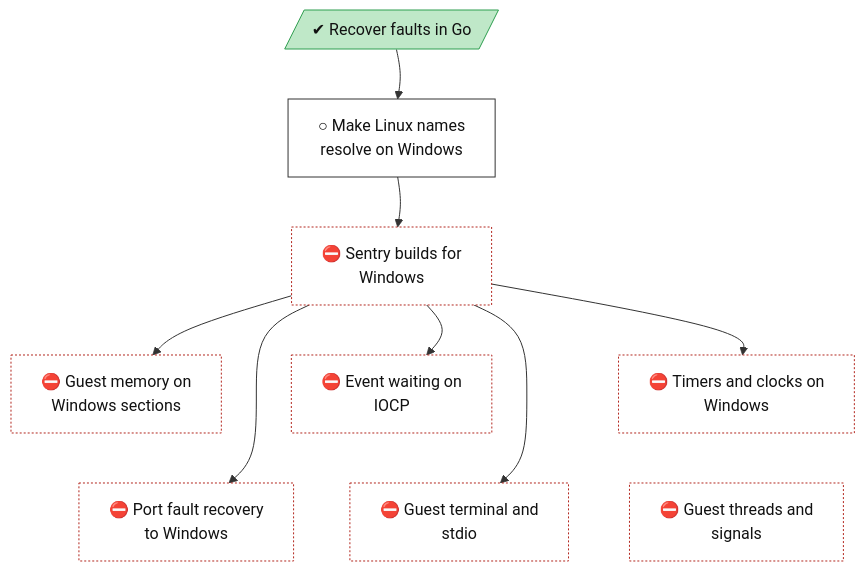
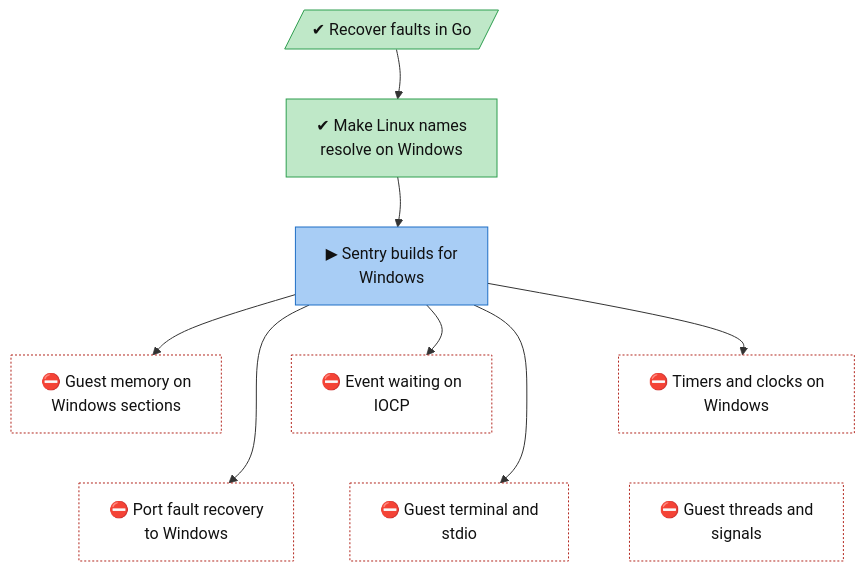
One commit to lhns/gvisor-windows changed the diagram in docs/roadmap/tracks/sentry.md. Above: the diagram before and after it, drawn with Mermaid. The commit also changed other lines of this file and 4 other files, not shown here.

Commit message:
Rate the x/sys/unix shim; the Sentry compiles but does not start yet

````diff
--- a/docs/roadmap/tracks/sentry.md
+++ b/docs/roadmap/tracks/sentry.md
@@ -10,44 +10,44 @@
 ```mermaid
 flowchart TB
     sentry_go_fault_recovery[/"✔ Recover faults in Go"/]
-    sentry_unix_shim["○ Make Linux names<br/>resolve on Windows"]
-    sentry_windows_build["⛔ Sentry builds for<br/>Windows"]
+    sentry_unix_shim["✔ Make Linux names<br/>resolve on Windows"]
+    sentry_windows_build["▶ Sentry builds for<br/>Windows"]
     sentry_memory_file_sections["⛔ Guest memory on<br/>Windows sections"]
     sentry_event_loop_iocp["⛔ Event waiting on<br/>IOCP"]
     sentry_timers_and_clocks["⛔ Timers and clocks on<br/>Windows"]
     sentry_fault_recovery["⛔ Port fault recovery<br/>to Windows"]
     sentry_host_stdio_and_tty["⛔ Guest terminal and<br/>stdio"]
     sentry_threads_and_signals["⛔ Guest threads and<br/>signals"]
     sentry_go_fault_recovery ~~~ sentry_unix_shim
     sentry_unix_shim ~~~ sentry_windows_build
     sentry_windows_build ~~~ sentry_memory_file_sections
     sentry_windows_build ~~~ sentry_event_loop_iocp
     sentry_windows_build ~~~ sentry_timers_and_clocks
     sentry_memory_file_sections ~~~ sentry_fault_recovery
     sentry_event_loop_iocp ~~~ sentry_host_stdio_and_tty
     sentry_timers_and_clocks ~~~ sentry_threads_and_signals
     sentry_go_fault_recovery --> sentry_unix_shim
     sentry_unix_shim --> sentry_windows_build
     sentry_windows_build --> sentry_memory_file_sections
     sentry_windows_build --> sentry_event_loop_iocp
     sentry_windows_build --> sentry_timers_and_clocks
     sentry_windows_build --> sentry_fault_recovery
     sentry_windows_build --> sentry_host_stdio_and_tty
     classDef vsucc fill:#2e9e4f,stroke:#1b6b34,color:#fff
     classDef succ fill:#bfe8c8,stroke:#2e9e4f,color:#111
     classDef mixed fill:#ffd37a,stroke:#c98a00,color:#111
     classDef bad fill:#f28b82,stroke:#b3261e,color:#111
     classDef dead fill:#e6e6e6,stroke:#777,stroke-dasharray:5 5,color:#555
     classDef inprog fill:#a8cdf5,stroke:#1f6fc5,color:#111
     classDef next fill:#fff,stroke:#333,color:#111
     classDef blocked fill:#fff,stroke:#b3261e,stroke-dasharray:2 2,color:#111
     classDef parked fill:#f3f3f3,stroke:#999,color:#555
     classDef unrated fill:#fff,stroke:#333,stroke-dasharray:1 3,color:#111
     classDef gate fill:#d9c2f0,stroke:#7b3fb5,color:#111
     classDef decided fill:#ece0f7,stroke:#7b3fb5,stroke-dasharray:2 2,color:#111
     classDef finding fill:#ffe0b2,stroke:#d84315,stroke-width:2px,color:#111
     classDef waiting fill:#e3f2fd,stroke:#1f6fc5,stroke-dasharray:5 5,color:#111
-    class sentry_go_fault_recovery succ
-    class sentry_unix_shim next
-    class sentry_windows_build,sentry_memory_file_sections,sentry_event_loop_iocp,sentry_timers_and_clocks,sentry_fault_recovery,sentry_host_stdio_and_tty,sentry_threads_and_signals blocked
+    class sentry_go_fault_recovery,sentry_unix_shim succ
+    class sentry_windows_build inprog
+    class sentry_memory_file_sections,sentry_event_loop_iocp,sentry_timers_and_clocks,sentry_fault_recovery,sentry_host_stdio_and_tty,sentry_threads_and_signals blocked
 ```
````
